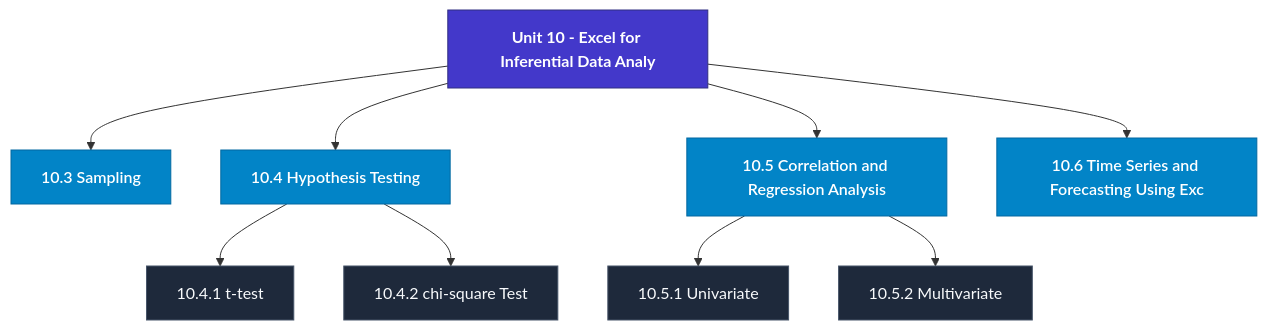
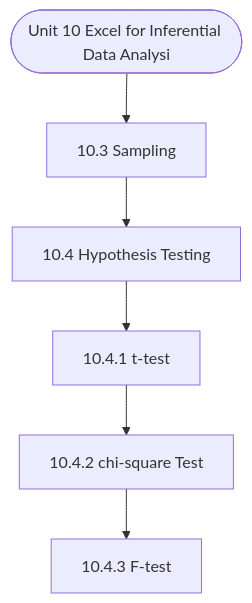
One commit to Asutosh-Coaching/mscdsa changed the diagram in notes/Semester_1/MCS-062_Introduction_to_Data_Science/unit_10_Excel_for_Inferential_Data_Analysis.md. Above: the diagram before and after it, drawn with Mermaid. The commit also changed other lines of this file and 115 other files, not shown here.

Commit message:
Fix Mermaid layout for mobile, isolate LaTeX delimiters, and add GitHub Pages reader

````diff
--- a/notes/Semester_1/MCS-062_Introduction_to_Data_Science/unit_10_Excel_for_Inferential_Data_Analysis.md
+++ b/notes/Semester_1/MCS-062_Introduction_to_Data_Science/unit_10_Excel_for_Inferential_Data_Analysis.md
@@ -19,25 +19,14 @@
 ```mermaid
 flowchart TD
-  %% Styling Definitions
-  classDef head fill:#4338ca,stroke:#312e81,color:#ffffff,font-weight:bold;
-  classDef topic fill:#0284c7,stroke:#0369a1,color:#ffffff,font-weight:600;
-  classDef sub fill:#1e293b,stroke:#475569,color:#f8fafc;
-
-  Root["Unit 10 - Excel for Inferential Data Analy"]:::head
-  M1["10.3 Sampling"]:::topic
-  Root --> M1
-  M2["10.4 Hypothesis Testing"]:::topic
-  Root --> M2
-  M2_1["10.4.1 t-test"]:::sub
-  M2 --> M2_1
-  M2_2["10.4.2 chi-square Test"]:::sub
-  M2 --> M2_2
-  M3["10.5 Correlation and Regression Analysis"]:::topic
-  Root --> M3
-  M3_1["10.5.1 Univariate"]:::sub
-  M3 --> M3_1
-  M3_2["10.5.2 Multivariate"]:::sub
-  M3 --> M3_2
-  M4["10.6 Time Series and Forecasting Using Exc"]:::topic
-  Root --> M4
+  Start(["Unit 10 Excel for Inferential Data Analysi"])
+  N1["10.3 Sampling"]
+  N2["10.4 Hypothesis Testing"]
+  N3["10.4.1 t-test"]
+  N4["10.4.2 chi-square Test"]
+  N5["10.4.3 F-test"]
+  Start --> N1
+  N1 --> N2
+  N2 --> N3
+  N3 --> N4
+  N4 --> N5
 ```
````
